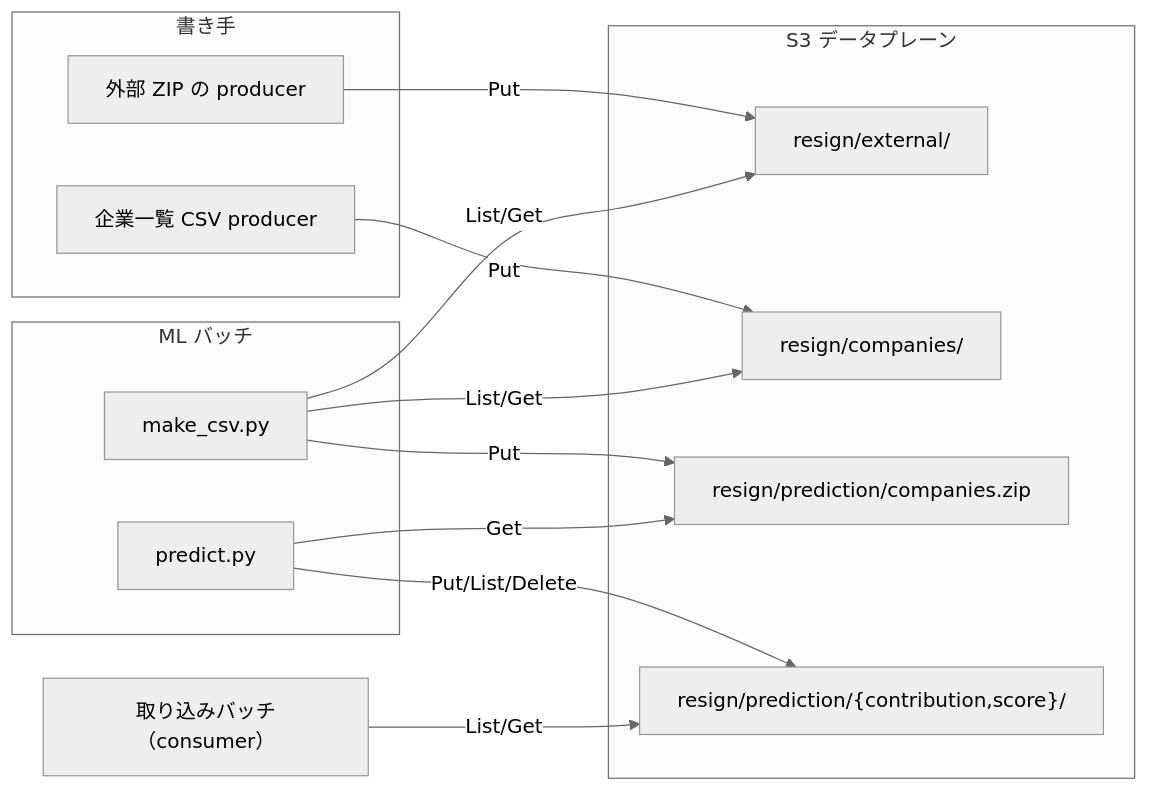
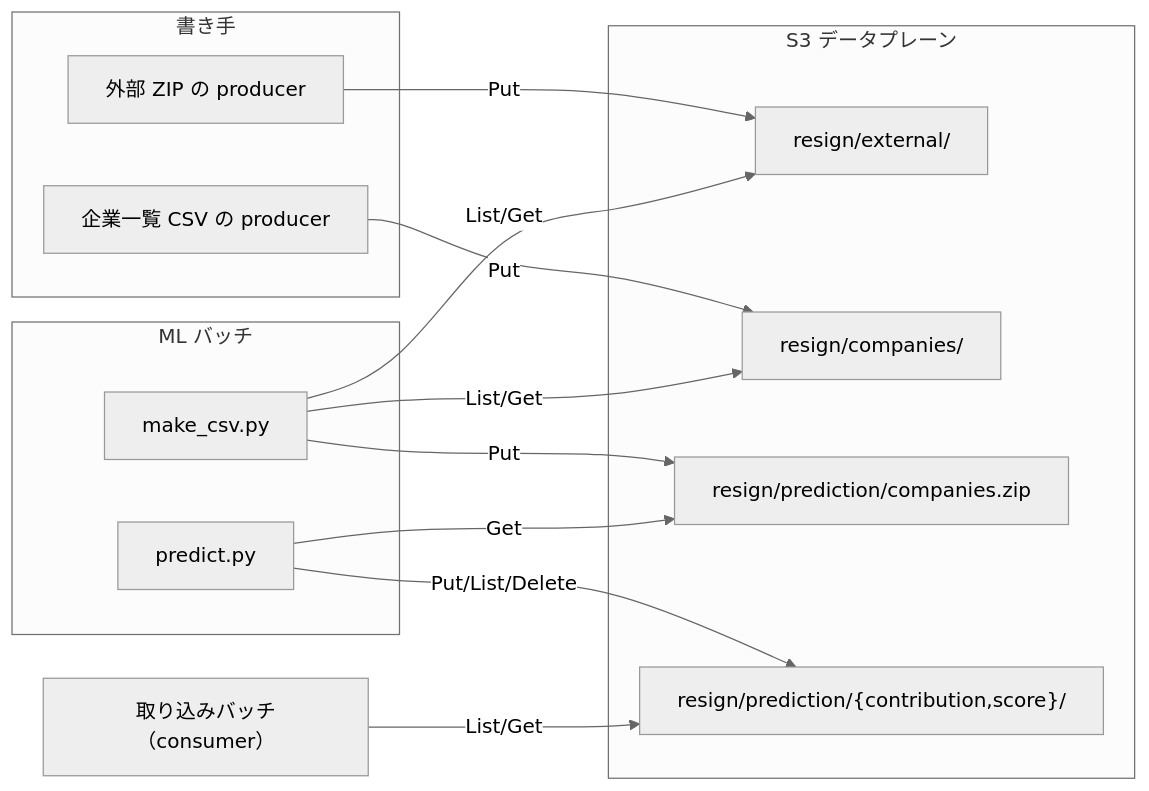
One commit to zucky-quest/it-vault changed the second of 3 diagrams in 03-work/blog/qiita/EFSからS3へ移行してコスト92%削減、金額にして年1.19ドル。それでも移行した理由.md. Above: the diagram before and after it, drawn with Mermaid (neutral theme). The commit also changed other lines of this file and 1 other file, not shown here.

````diff
--- a/03-work/blog/qiita/EFSからS3へ移行してコスト92%削減、金額にして年1.19ドル。それでも移行した理由.md
+++ b/03-work/blog/qiita/EFSからS3へ移行してコスト92%削減、金額にして年1.19ドル。それでも移行した理由.md
@@ -148,26 +162,26 @@
 ```mermaid
 graph LR
     subgraph producers["書き手"]
         KP["外部 ZIP の producer"]
-        CP["企業一覧 CSV producer"]
+        CP["企業一覧 CSV の producer"]
     end
     subgraph batch["ML バッチ"]
         MC["make_csv.py"]
         PD["predict.py"]
     end
     subgraph bucket["S3 データプレーン"]
         K["resign/external/"]
         C["resign/companies/"]
         PZ["resign/prediction/companies.zip"]
         PR["resign/prediction/{contribution,score}/"]
     end
     CON["取り込みバッチ（consumer）"]
 
     KP -- "Put" --> K
     CP -- "Put" --> C
     MC -- "List/Get" --> K & C
     MC -- "Put" --> PZ
     PD -- "Get" --> PZ
     PD -- "Put/List/Delete" --> PR
     CON -- "List/Get" --> PR
 ```
````
